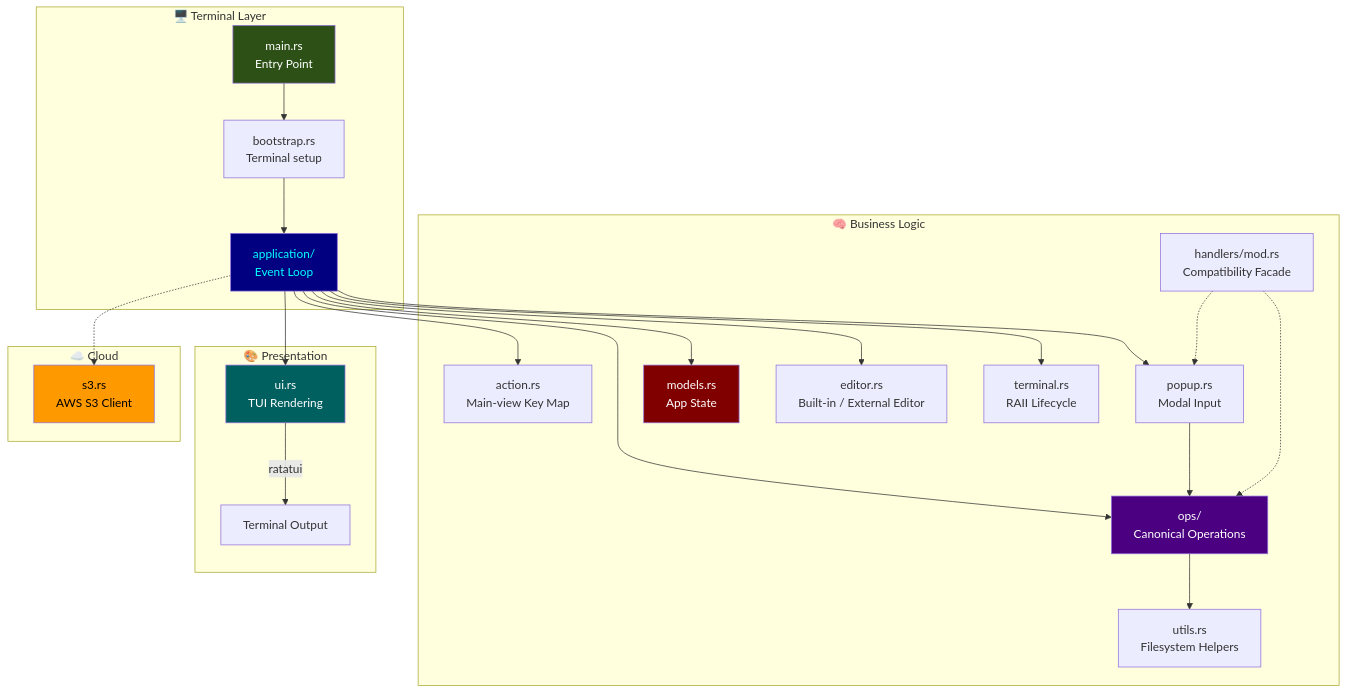
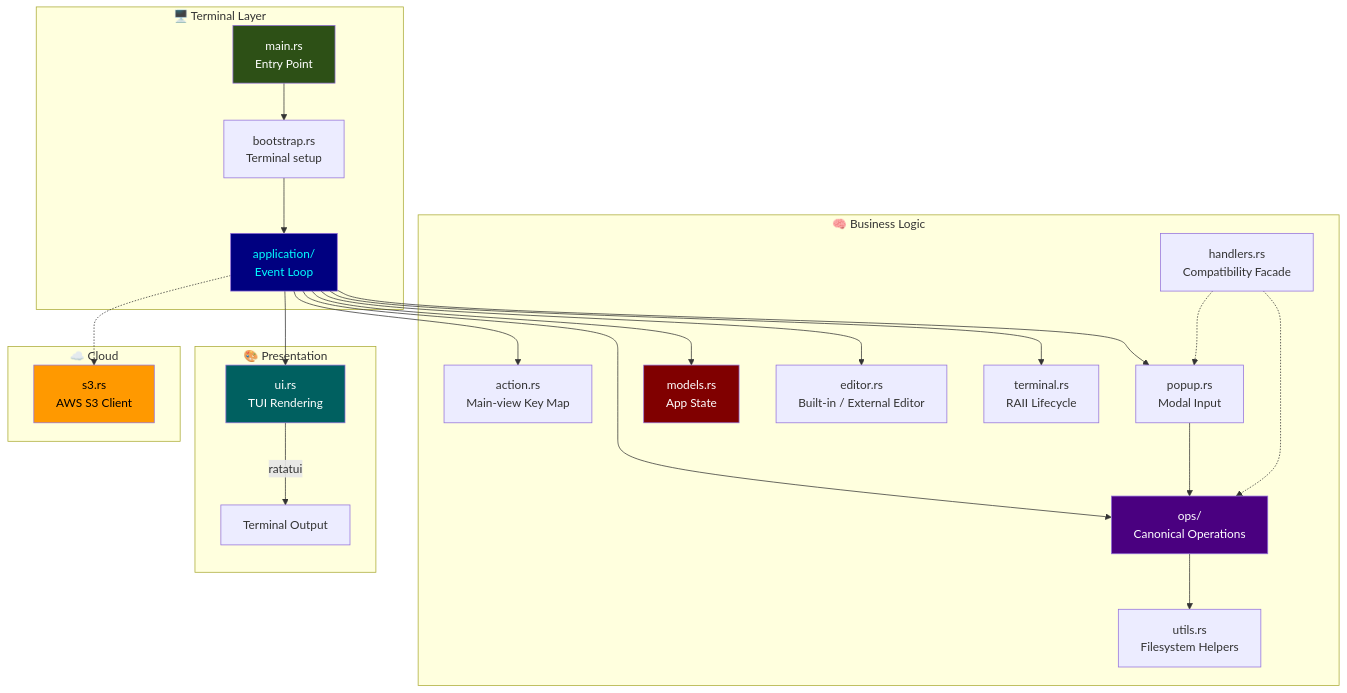
One commit to stden/FunnyFileManager changed the second of 11 diagrams in TUTORIAL.md. Above: the diagram before and after it, drawn with Mermaid. The commit also changed other lines of this file and 474 other files, not shown here.

````diff
--- a/TUTORIAL.md
+++ b/TUTORIAL.md
@@ -97,36 +97,36 @@
 ```mermaid
 graph TB
     subgraph "🖥️ Terminal Layer"
         MAIN[main.rs<br/>Entry Point] --> BOOT[bootstrap.rs<br/>Terminal setup]
         BOOT --> APP[application/<br/>Event Loop]
     end
 
     subgraph "🧠 Business Logic"
         APP --> ACTION[action.rs<br/>Main-view Key Map]
         APP --> POPUP[popup.rs<br/>Modal Input]
         APP --> OPS[ops/<br/>Canonical Operations]
         APP --> MODELS[models.rs<br/>App State]
         POPUP --> OPS
         OPS --> UTILS[utils.rs<br/>Filesystem Helpers]
         APP --> EDITOR[editor.rs<br/>Built-in / External Editor]
         APP --> TERMINAL[terminal.rs<br/>RAII Lifecycle]
-        HANDLERS[handlers/mod.rs<br/>Compatibility Facade] -.-> OPS
+        HANDLERS[handlers.rs<br/>Compatibility Facade] -.-> OPS
         HANDLERS -.-> POPUP
     end
 
     subgraph "🎨 Presentation"
         APP --> UI[ui.rs<br/>TUI Rendering]
         UI --> |ratatui| TERM[Terminal Output]
     end
 
     subgraph "☁️ Cloud"
         APP -.-> S3[s3.rs<br/>AWS S3 Client]
     end
 
     style MAIN fill:#2d5016,color:#fff
     style APP fill:#000080,color:#00ffff
     style OPS fill:#4a0080,color:#fff
     style MODELS fill:#800000,color:#fff
     style UI fill:#006060,color:#fff
     style S3 fill:#ff9900,color:#000
 ```
````
